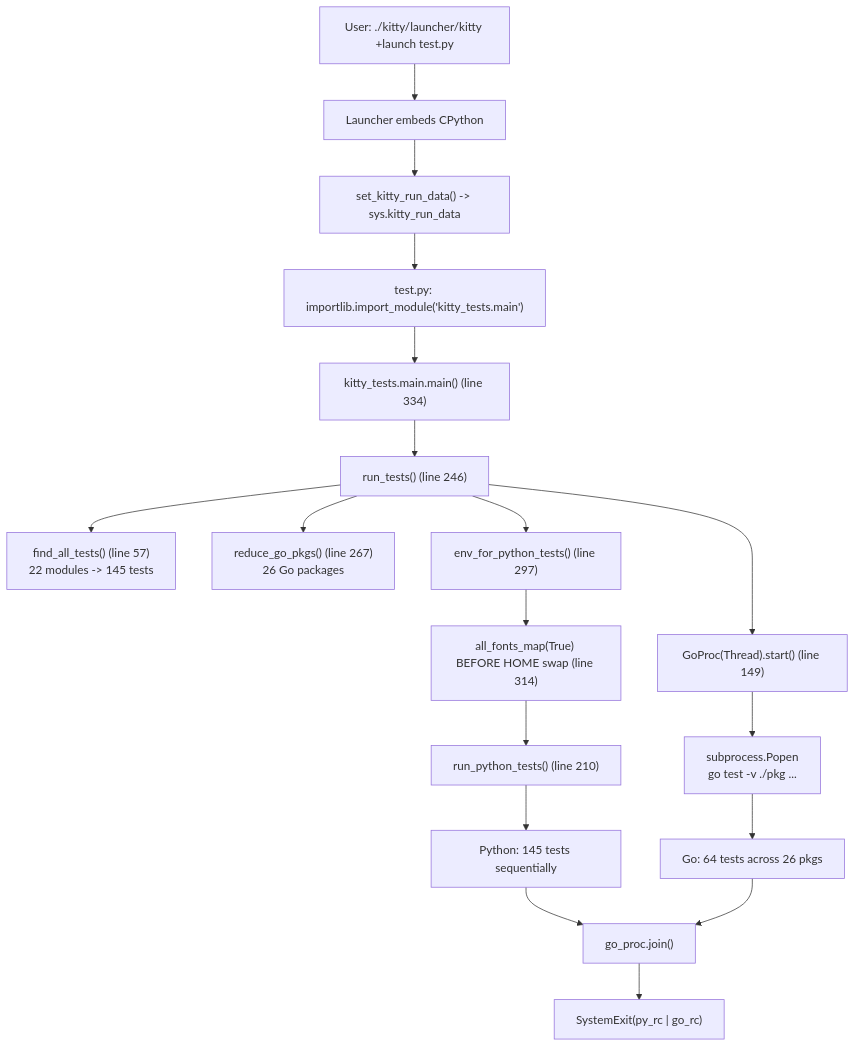
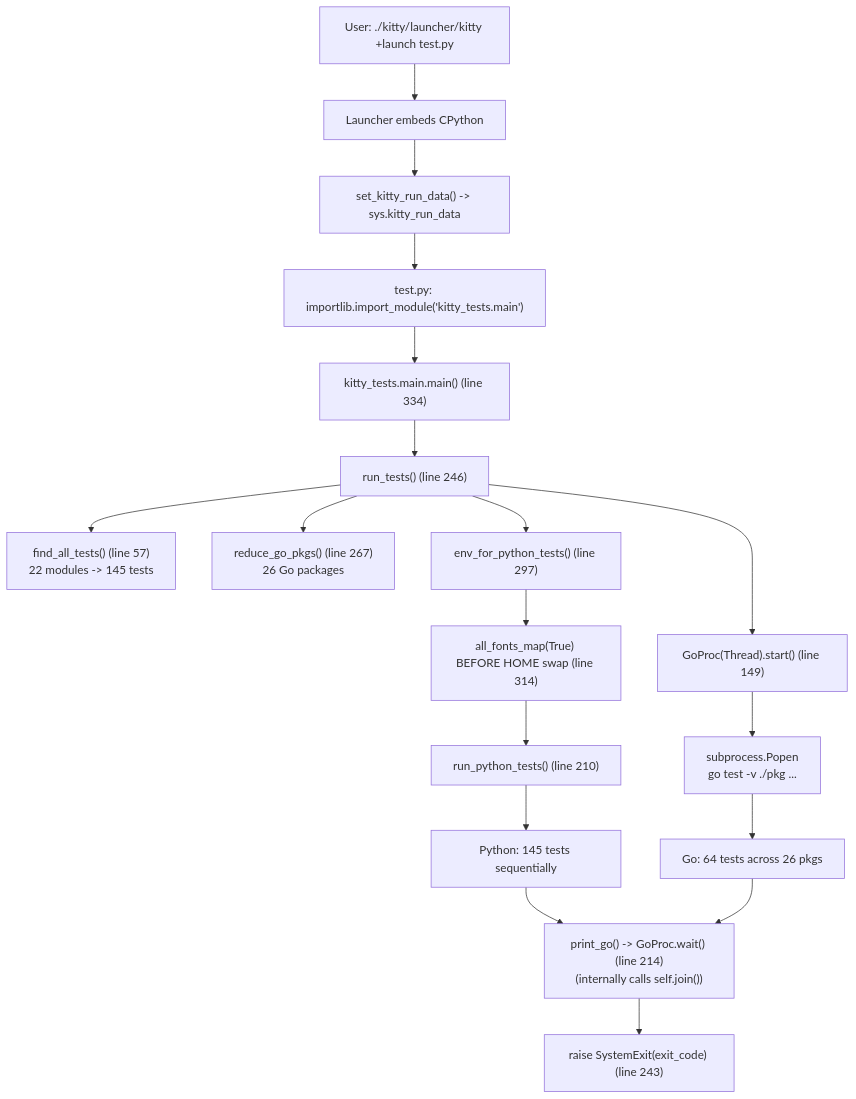
One commit to blitzy-research/kitty changed the second of 2 diagrams in blitzy/documentation/kitty_815df1e210e0.md. Above: the diagram before and after it, drawn with Mermaid. The commit also changed other lines of this file, not shown here.

````diff
--- a/blitzy/documentation/kitty_815df1e210e0.md
+++ b/blitzy/documentation/kitty_815df1e210e0.md
@@ -959,20 +987,20 @@
 ```mermaid
 flowchart TD
     U["User: ./kitty/launcher/kitty +launch test.py"] --> L["Launcher embeds CPython"]
     L --> RD["set_kitty_run_data() -> sys.kitty_run_data"]
     RD --> TP["test.py: importlib.import_module('kitty_tests.main')"]
     TP --> M["kitty_tests.main.main() (line 334)"]
     M --> R["run_tests() (line 246)"]
     R --> FA["find_all_tests() (line 57)<br/>22 modules -> 145 tests"]
     R --> RGP["reduce_go_pkgs() (line 267)<br/>26 Go packages"]
     R --> GP["GoProc(Thread).start() (line 149)"]
     GP --> GE["subprocess.Popen<br/>go test -v ./pkg ..."]
     R --> ENV["env_for_python_tests() (line 297)"]
     ENV --> AFM["all_fonts_map(True) BEFORE HOME swap (line 314)"]
     AFM --> RPT["run_python_tests() (line 210)"]
     RPT --> PYS["Python: 145 tests sequentially"]
-    PYS --> JOIN["go_proc.join()"]
+    PYS --> JOIN["print_go() -> GoProc.wait() (line 214)<br/>(internally calls self.join())"]
     GE --> GR["Go: 64 tests across 26 pkgs"]
     GR --> JOIN
-    JOIN --> EXIT["SystemExit(py_rc | go_rc)"]
+    JOIN --> EXIT["raise SystemExit(exit_code) (line 243)"]
 ```
````
